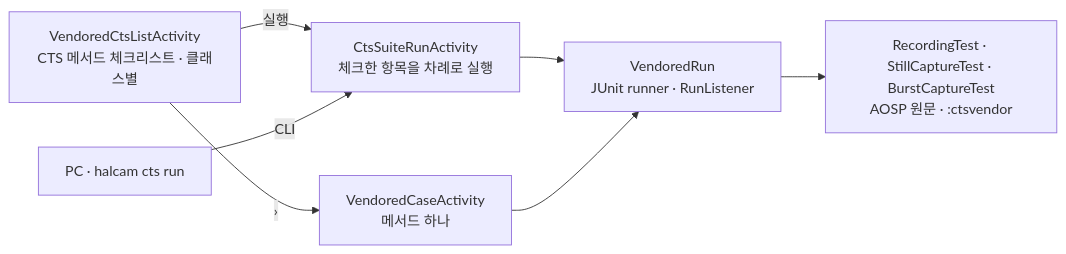
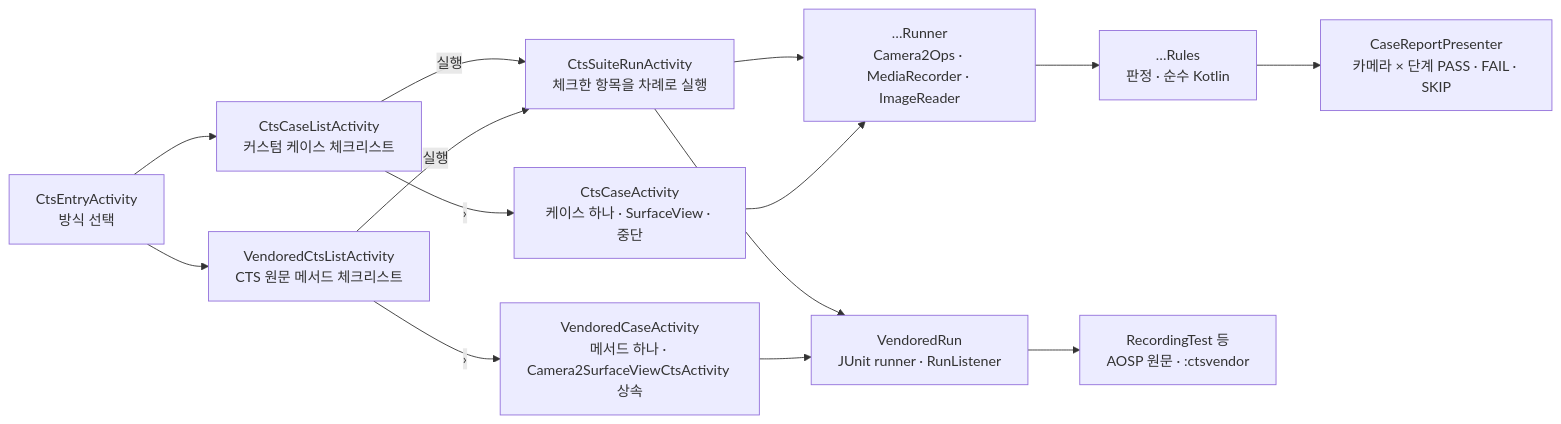
One commit to TTolsun/hal-camera changed the diagram in guide/cts.md. Above: the diagram before and after it, drawn with Mermaid. The commit also changed other lines of this file and 75 other files, not shown here.

First line of the commit message:
Restore the five transcribed CTS cases beside the vendored methods

````diff
--- a/guide/cts.md
+++ b/guide/cts.md
@@ -8,9 +8,16 @@
 ```mermaid
 flowchart LR
-    V["VendoredCtsListActivity<br/>CTS 메서드 체크리스트 · 클래스별"] -->|실행| S["CtsSuiteRunActivity<br/>체크한 항목을 차례로 실행"]
-    V -->|›| H["VendoredCaseActivity<br/>메서드 하나"]
+    E["CtsEntryActivity<br/>방식 선택"] --> L["CtsCaseListActivity<br/>커스텀 케이스 체크리스트"]
+    E --> V["VendoredCtsListActivity<br/>CTS 원문 메서드 체크리스트"]
+    L -->|실행| S["CtsSuiteRunActivity<br/>체크한 항목을 차례로 실행"]
+    V -->|실행| S
+    L -->|›| A["CtsCaseActivity<br/>케이스 하나 · SurfaceView · 중단"]
+    S --> R["…Runner<br/>Camera2Ops · MediaRecorder · ImageReader"]
+    A --> R
+    R --> J["…Rules<br/>판정 · 순수 Kotlin"]
+    J --> P["CaseReportPresenter<br/>카메라 × 단계 PASS · FAIL · SKIP"]
+    V -->|›| H["VendoredCaseActivity<br/>메서드 하나 · Camera2SurfaceViewCtsActivity 상속"]
     S --> U["VendoredRun<br/>JUnit runner · RunListener"]
     H --> U
-    U --> T["RecordingTest · StillCaptureTest · BurstCaptureTest<br/>AOSP 원문 · :ctsvendor"]
-    C["PC · halcam cts run"] -->|CLI| S
+    U --> T["RecordingTest 등<br/>AOSP 원문 · :ctsvendor"]
 ```
````
